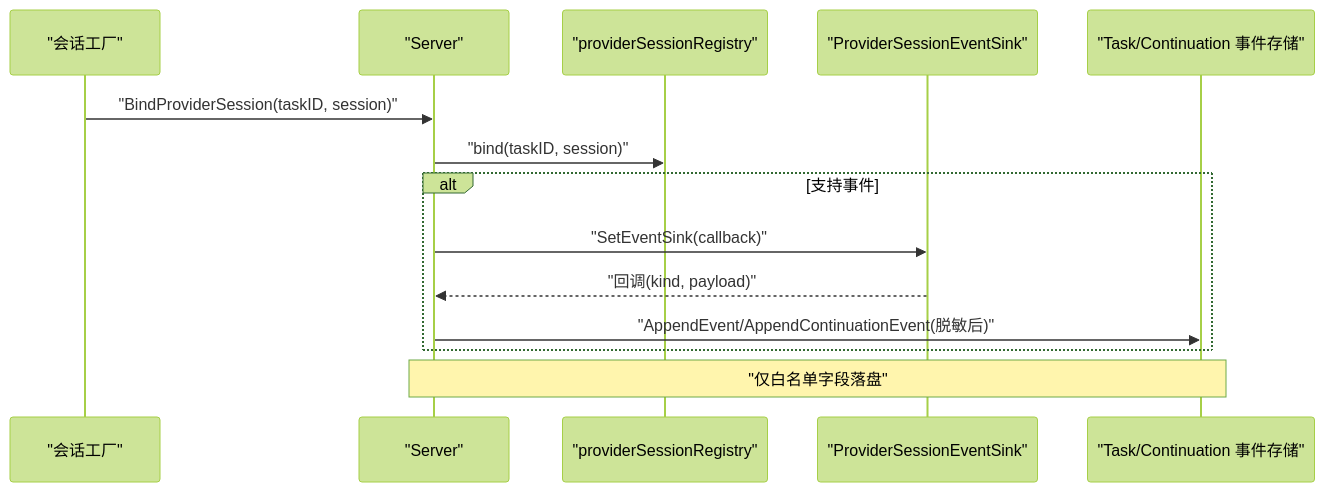
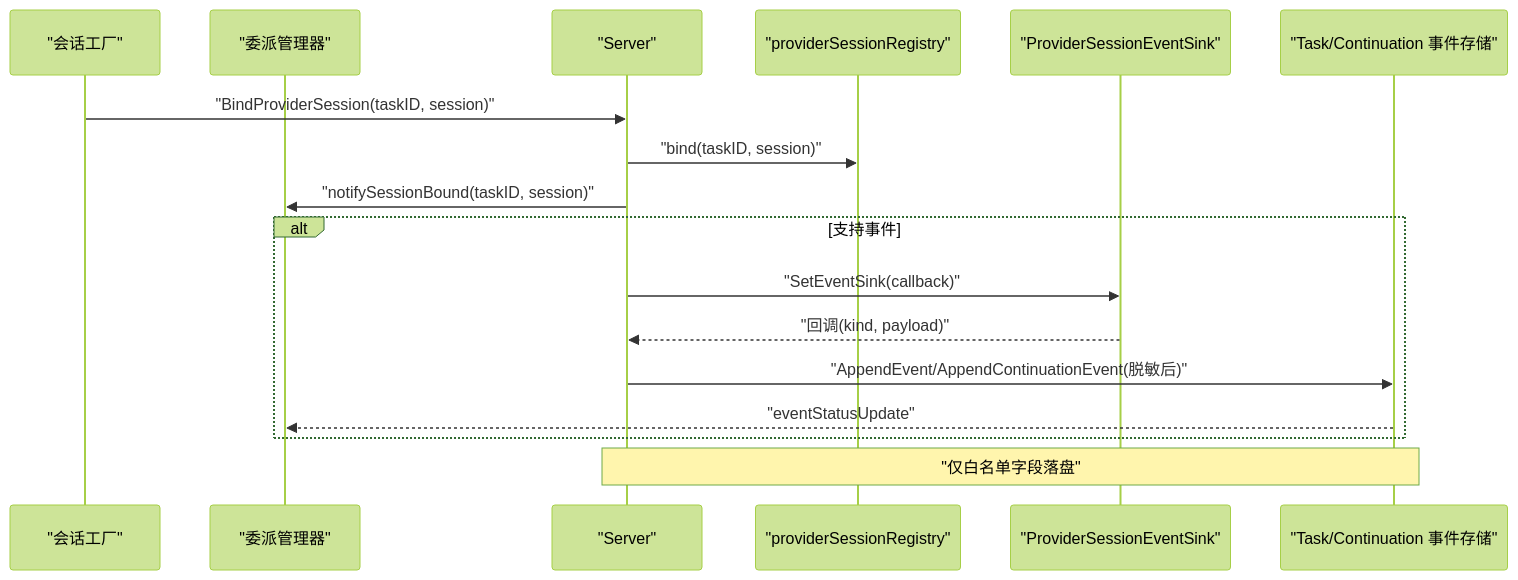
One commit to n1majne3/CyberPenda changed the fifth of 6 diagrams in .qoder/repowiki/zh/content/守护进程服务/Task 生命周期管理/Provider 会话工厂模式.md. Above: the diagram before and after it, drawn with Mermaid (forest theme). The commit also changed other lines of this file and 6 other files, not shown here.

````diff
--- a/.qoder/repowiki/zh/content/守护进程服务/Task 生命周期管理/Provider 会话工厂模式.md
+++ b/.qoder/repowiki/zh/content/守护进程服务/Task 生命周期管理/Provider 会话工厂模式.md
@@ -247,16 +284,19 @@
 ```mermaid
 sequenceDiagram
 participant Factory as "会话工厂"
+participant Delegate as "委派管理器"
 participant Server as "Server"
 participant Registry as "providerSessionRegistry"
 participant Sink as "ProviderSessionEventSink"
 participant Store as "Task/Continuation 事件存储"
 Factory->>Server : "BindProviderSession(taskID, session)"
 Server->>Registry : "bind(taskID, session)"
+Server->>Delegate : "notifySessionBound(taskID, session)"
 alt 支持事件
 Server->>Sink : "SetEventSink(callback)"
 Sink-->>Server : "回调(kind, payload)"
 Server->>Store : "AppendEvent/AppendContinuationEvent(脱敏后)"
+Store-->>Delegate : "eventStatusUpdate"
 end
 Note over Server,Store : "仅白名单字段落盘"
 ```
````
